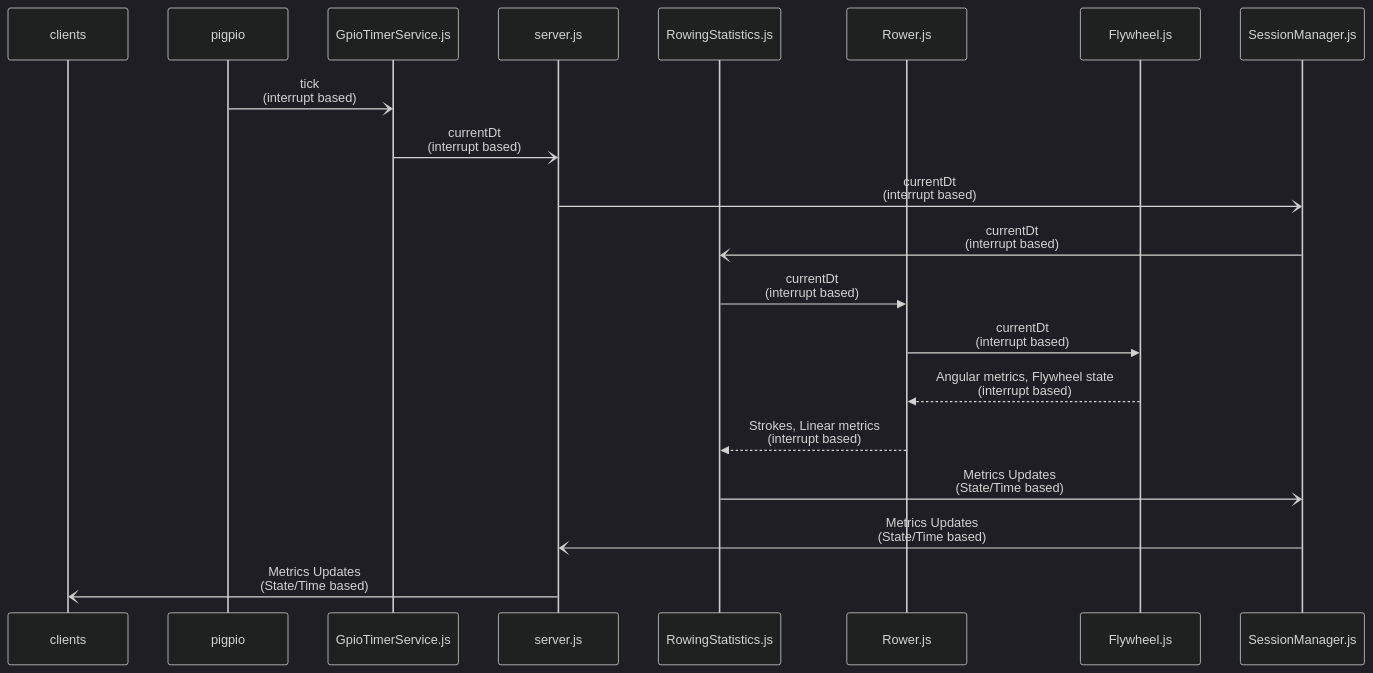
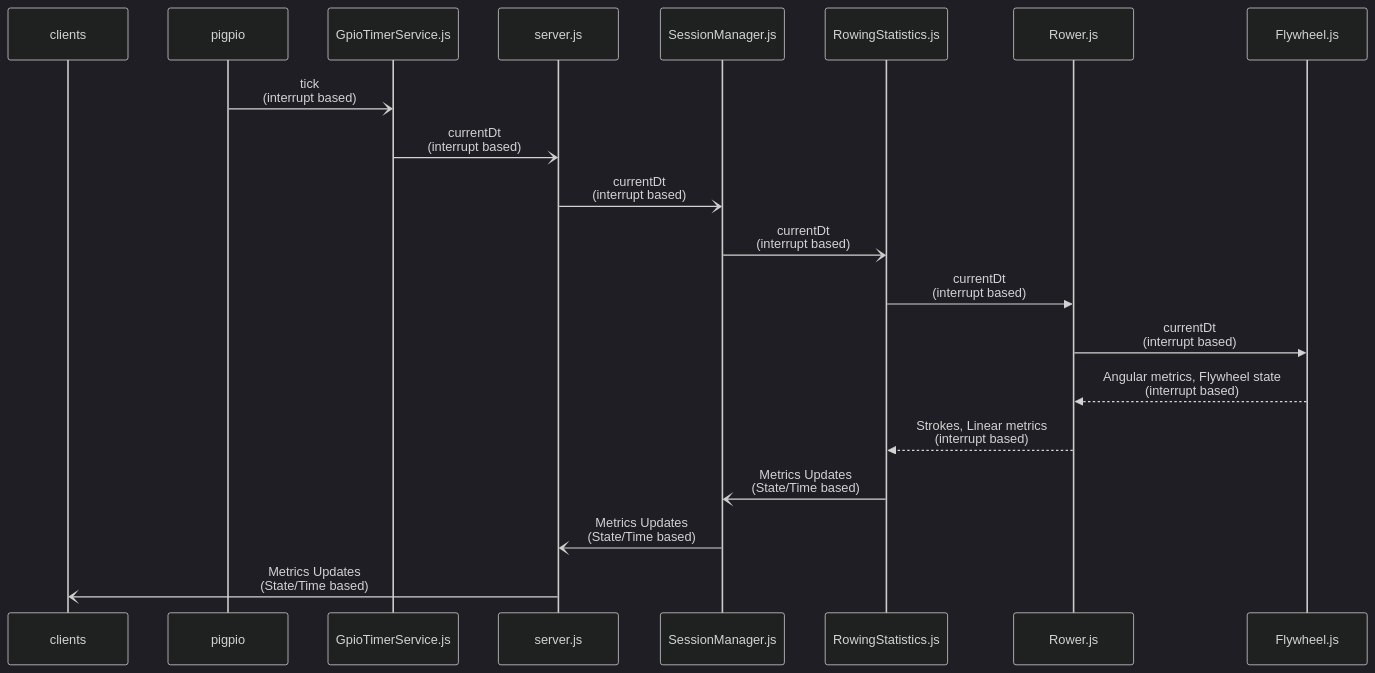
The second of 6 diagrams in docs/Architecture.md (JaapvanEkris/openrowingmonitor), drawn with Mermaid (dark theme) before and after one commit.

Commit message:
Update Architecture.md
Update to visual

````diff
--- a/docs/Architecture.md
+++ b/docs/Architecture.md
@@ -44,21 +44,22 @@
 ```mermaid
 sequenceDiagram
   participant clients
   participant pigpio
   participant GpioTimerService.js
   participant server.js
+  participant SessionManager.js
   participant RowingStatistics.js
   participant Rower.js
   participant Flywheel.js
   pigpio -)GpioTimerService.js: tick<br>(interrupt based)
   GpioTimerService.js-)server.js: currentDt<br>(interrupt based)
   server.js-)SessionManager.js: currentDt<br>(interrupt based)
   SessionManager.js-)RowingStatistics.js: currentDt<br>(interrupt based)
   RowingStatistics.js->>Rower.js: currentDt<br>(interrupt based)
   Rower.js->>Flywheel.js: currentDt<br>(interrupt based)
   Flywheel.js-->>Rower.js: Angular metrics, Flywheel state<br>(interrupt based)
   Rower.js-->>RowingStatistics.js: Strokes, Linear metrics<br>(interrupt based)
   RowingStatistics.js-)SessionManager.js: Metrics Updates<br>(State/Time based)
   SessionManager.js-)server.js: Metrics Updates<br>(State/Time based)
   server.js-)clients: Metrics Updates<br>(State/Time based)
 ```
````
